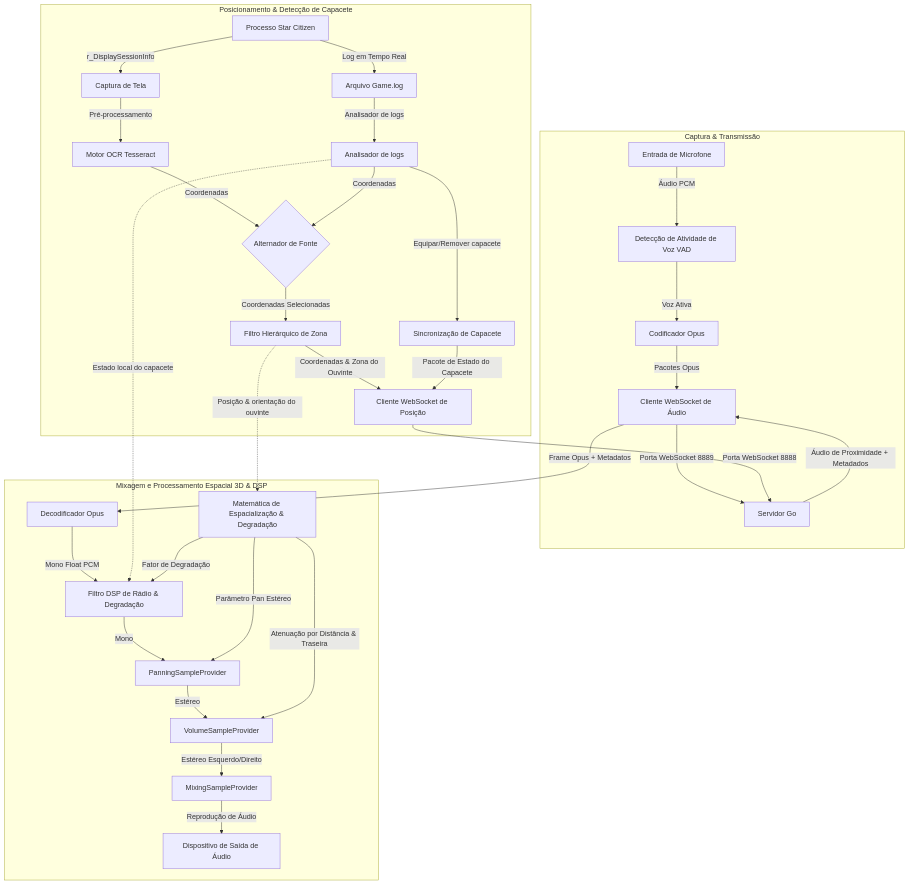
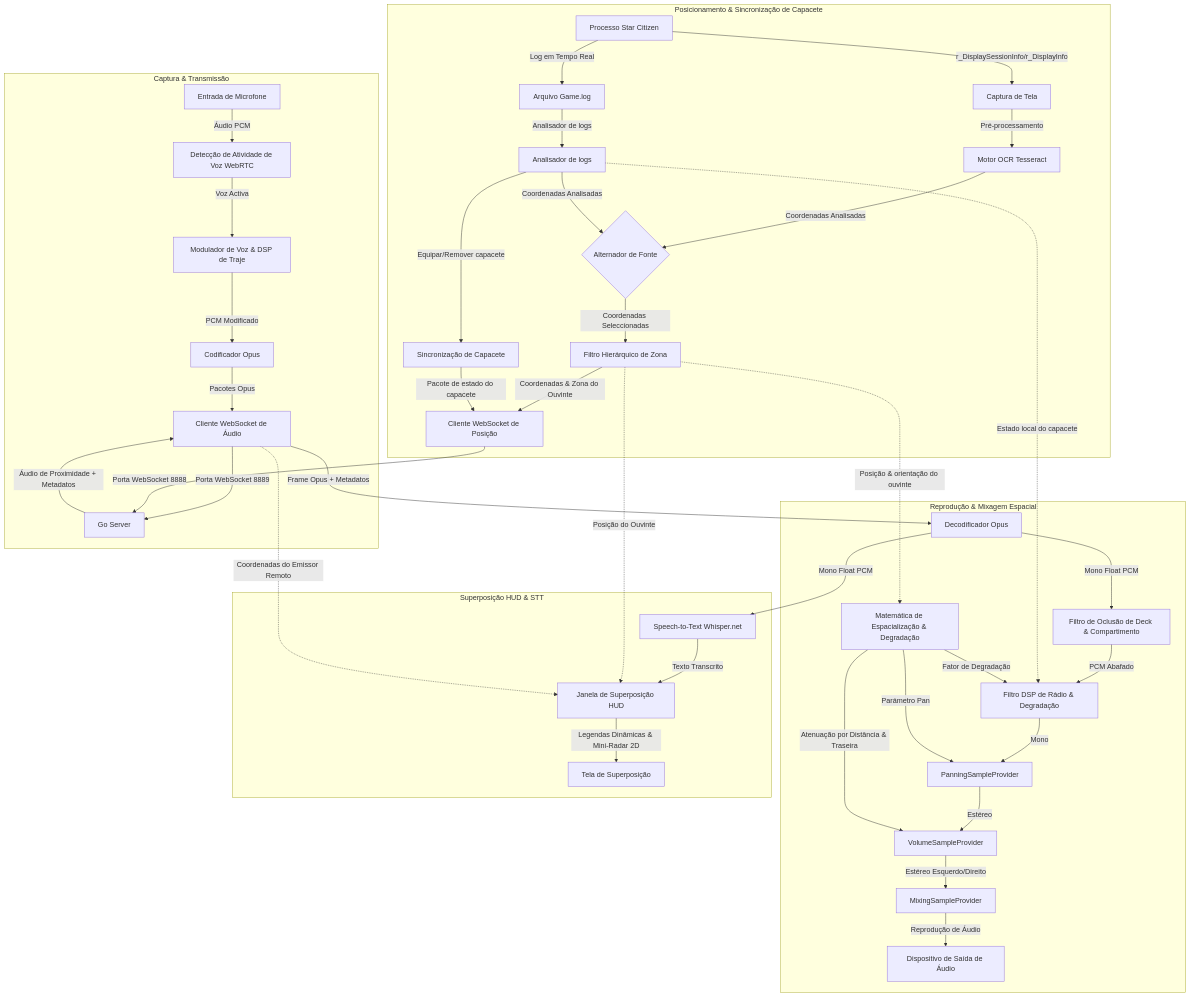
One commit to XuruDragon/XuruVOIP changed the diagram in doc/README.pt-BR.md. Above: the diagram before and after it, drawn with Mermaid. The commit also changed other lines of this file and 17 other files, not shown here.

````diff
--- a/doc/README.pt-BR.md
+++ b/doc/README.pt-BR.md
@@ -88,45 +88,55 @@
 ```mermaid
 graph TD
     subgraph Captura & Transmissão
-        Mic[Entrada de Microfone] -->|Áudio PCM| VAD[Detecção de Atividade de Voz VAD]
-        VAD -->|Voz Ativa| OpusEnc[Codificador Opus]
+        Mic[Entrada de Microfone] -->|Áudio PCM| VAD[Detecção de Atividade de Voz WebRTC]
+        VAD -->|Voz Activa| VoiceChanger[Modulador de Voz & DSP de Traje]
+        VoiceChanger -->|PCM Modificado| OpusEnc[Codificador Opus]
         OpusEnc -->|Pacotes Opus| AudioWS[Cliente WebSocket de Áudio]
-        AudioWS -->|Porta WebSocket 8889| Server[Servidor Go]
+        AudioWS -->|Porta WebSocket 8889| Server[Go Server]
     end
 
-    subgraph Posicionamento & Detecção de Capacete
-        SC[Processo Star Citizen] -->|r_DisplaySessionInfo| Screen[Captura de Tela]
+    subgraph Posicionamento & Sincronização de Capacete
+        SC[Processo Star Citizen] -->|r_DisplaySessionInfo/r_DisplayInfo| Screen[Captura de Tela]
         Screen -->|Pré-processamento| Tess[Motor OCR Tesseract]
         
         SC -->|Log em Tempo Real| GameLog[Arquivo Game.log]
         GameLog -->|Analisador de logs| LogParser[Analisador de logs]
         
-        Tess -->|Coordenadas| PosSelector{Alternador de Fonte}
-        LogParser -->|Coordenadas| PosSelector
+        Tess -->|Coordenadas Analisadas| PosSelector{Alternador de Fonte}
+        LogParser -->|Coordenadas Analisadas| PosSelector
         
-        PosSelector -->|Coordenadas Selecionadas| Zone[Filtro Hierárquico de Zona]
+        PosSelector -->|Coordenadas Seleccionadas| Zone[Filtro Hierárquico de Zona]
         Zone -->|Coordenadas & Zona do Ouvinte| PosWS[Cliente WebSocket de Posição]
         PosWS -->|Porta WebSocket 8888| Server
 
         LogParser -->|Equipar/Remover capacete| Helmet[Sincronização de Capacete]
-        Helmet -->|Pacote de Estado do Capacete| PosWS
+        Helmet -->|Pacote de estado do capacete| PosWS
     end
 
-    subgraph Mixagem e Processamento Espacial 3D & DSP
-        Server -->|Áudio de Proximidade + Metadados| AudioWS
+    subgraph Reprodução & Mixagem Espacial
+        Server -->|Áudio de Proximidade + Metadatos| AudioWS
         AudioWS -->|Frame Opus + Metadatos| Decoder[Decodificador Opus]
-        Decoder -->|Mono Float PCM| DSP[Filtro DSP de Rádio & Degradação]
+        Decoder -->|Mono Float PCM| OcclusionFilter[Filtro de Oclusão de Deck & Compartimento]
+        OcclusionFilter -->|PCM Abafado| DSP[Filtro DSP de Rádio & Degradação]
         DSP -->|Mono| Panner[PanningSampleProvider]
         Panner -->|Estéreo| Volume[VolumeSampleProvider]
         
         LogParser -.->|Estado local do capacete| DSP
         Zone -.->|Posição & orientação do ouvinte| MixerMath[Matemática de Espacialização & Degradação]
         
-        MixerMath -->|Parâmetro Pan Estéreo| Panner
+        MixerMath -->|Parámetro Pan| Panner
         MixerMath -->|Atenuação por Distância & Traseira| Volume
         MixerMath -->|Fator de Degradação| DSP
         
         Volume -->|Estéreo Esquerdo/Direito| Mixer[MixingSampleProvider]
         Mixer -->|Reprodução de Áudio| Speakers[Dispositivo de Saída de Áudio]
     end
+
+    subgraph Superposição HUD & STT
+        Decoder -->|Mono Float PCM| STT[Speech-to-Text Whisper.net]
+        STT -->|Texto Transcrito| Overlay[Janela de Superposição HUD]
+        Zone -.->|Posição do Ouvinte| Overlay
+        AudioWS -.->|Coordenadas do Emissor Remoto| Overlay
+        Overlay -->|Legendas Dinâmicas & Mini-Radar 2D| ScreenOverlay[Tela de Superposição]
+    end
 ```
````
